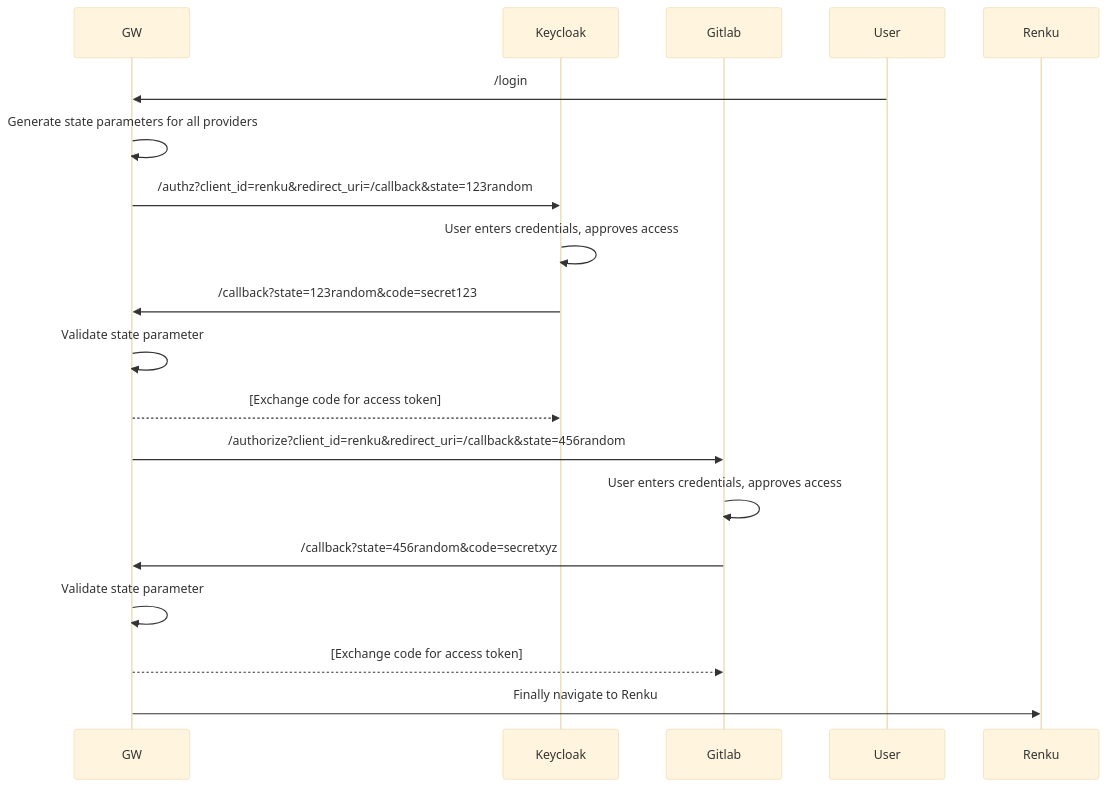
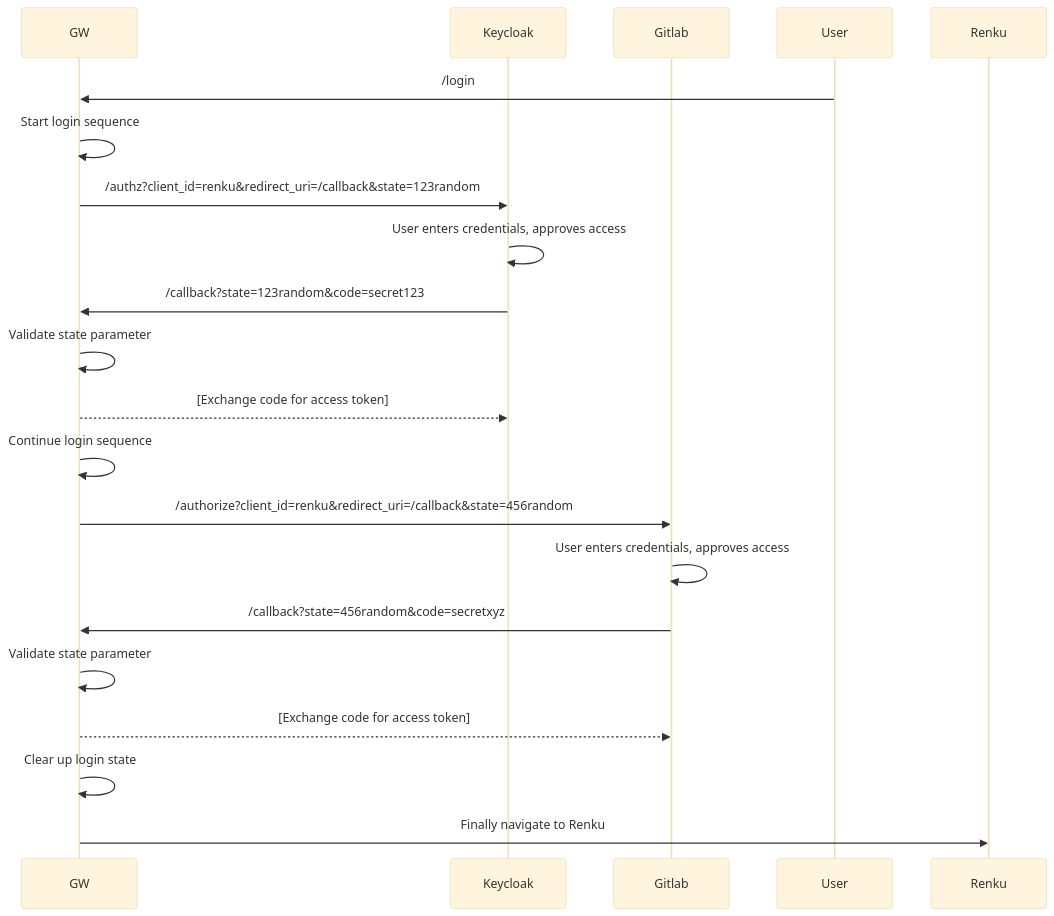
One commit to SwissDataScienceCenter/renku-gateway changed the second of 2 diagrams in README.md. Above: the diagram before and after it, drawn with Mermaid (base theme). The commit also changed other lines of this file and 10 other files, not shown here.

````diff
--- a/README.md
+++ b/README.md
@@ -35,22 +41,24 @@
 ```mermaid
 sequenceDiagram
     Participant GW
     Participant KC as Keycloak
     Participant GL as Gitlab
     Participant U as User
     Participant R as Renku
     
     U ->> GW: /login
-    GW ->> GW: Generate state parameters for all providers
+    GW ->> GW: Start login sequence
     GW ->> KC: /authz?client_id=renku&redirect_uri=/callback&state=123random
     KC ->> KC: User enters credentials, approves access
     KC ->> GW: /callback?state=123random&code=secret123
     GW ->> GW: Validate state parameter
     GW -->> KC: [Exchange code for access token]
+    GW ->> GW: Continue login sequence
     GW ->> GL: /authorize?client_id=renku&redirect_uri=/callback&state=456random
     GL ->> GL: User enters credentials, approves access
     GL ->> GW: /callback?state=456random&code=secretxyz
     GW ->> GW: Validate state parameter
     GW -->> GL: [Exchange code for access token]
+    GW ->> GW: Clear up login state
     GW ->> R: Finally navigate to Renku    
 ```
````
